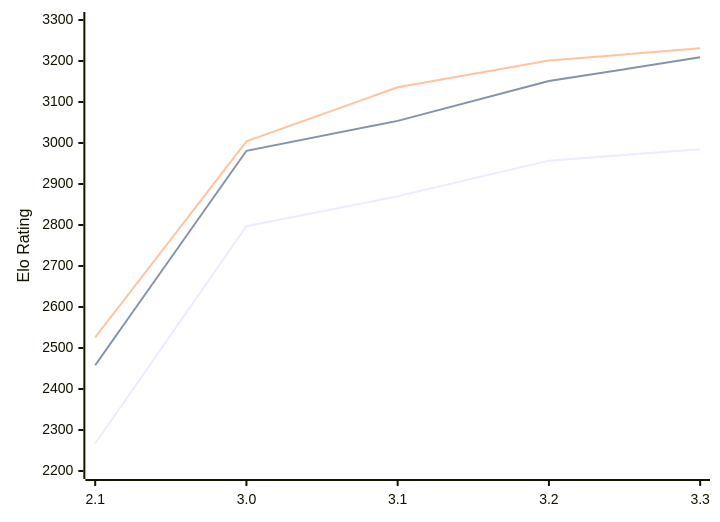
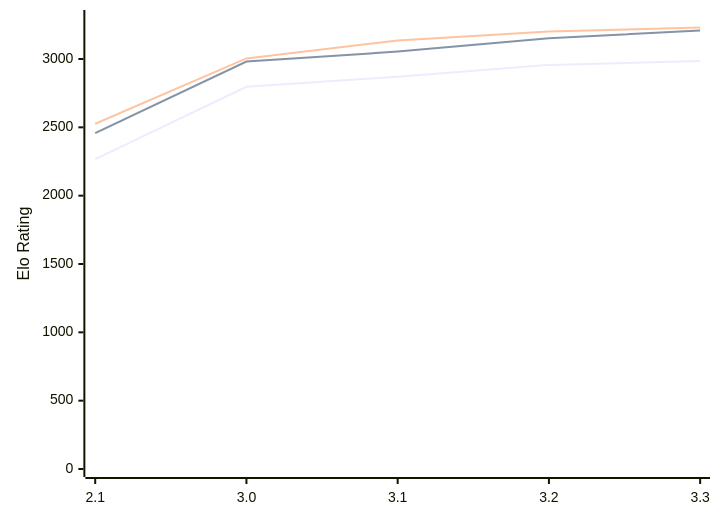
One commit to computer-chess-index/cci changed the diagram in engines/Petrel.md. Above: the diagram before and after it, drawn with Mermaid. The commit also changed other lines of this file, not shown here.

Commit message:
Update CCI Ratings (ELO VLTC) - 2026-02-10

````diff
--- a/engines/Petrel.md
+++ b/engines/Petrel.md
@@ -9,8 +9,8 @@
 ```mermaid
 xychart-beta
   x-axis ["2.1", "3.0", "3.1", "3.2", "3.3"]
-  y-axis "Elo Rating" 2200 --> 3300
+  y-axis "Elo Rating" 0 --> 3300
   line "STC (8.0+0.08s)" [2267, 2797, 2870, 2957, 2985]
   line "LTC (60.0+0.60s)" [2458, 2981, 3054, 3151, 3209]
   line "VLTC (2m24s+1.12s)" [2526, 3004, 3136, 3201, 3231]
 ```
````
